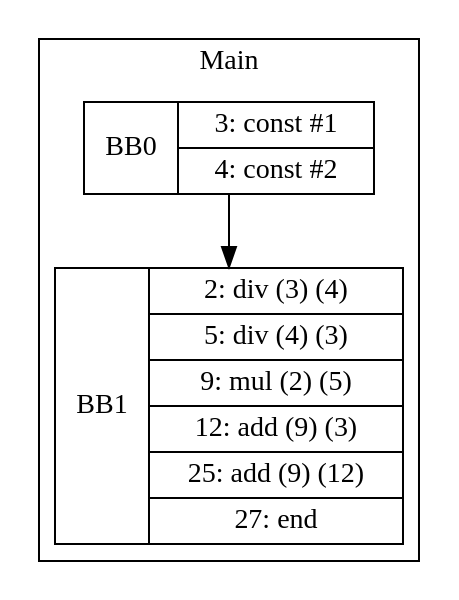
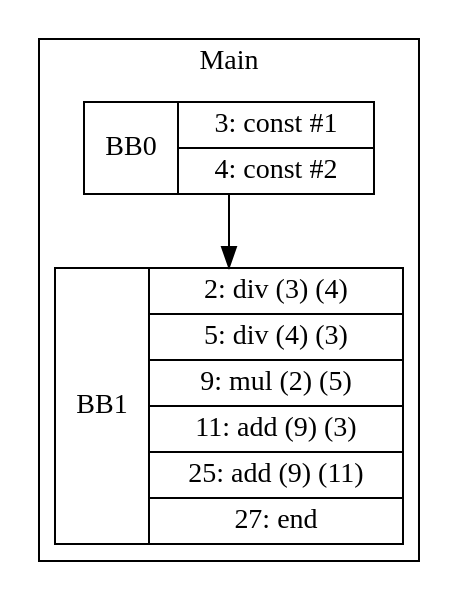
One commit to zjc664656505/UCI-CS241-Advanced-Compiler-main changed the diagram in visualization/cbelem/simple/CSEOperandAgnostic-div.gv. Above: the diagram before and after it, drawn with Graphviz. The commit also changed 55 other files, not shown here.

```diff
--- a/visualization/cbelem/simple/CSEOperandAgnostic-div.gv
+++ b/visualization/cbelem/simple/CSEOperandAgnostic-div.gv
@@ -1,9 +1,9 @@
 digraph G {
 node [shape=record];
 subgraph cluster_main{
 label = "Main";
 BB0 [shape=record, label="<b>BB0|{3: const #1|4: const #2}"];
-BB1 [shape=record, label="<b>BB1|{2: div (3) (4)|5: div (4) (3)|9: mul (2) (5)|12: add (9) (3)|25: add (9) (12)|27: end}"];
+BB1 [shape=record, label="<b>BB1|{2: div (3) (4)|5: div (4) (3)|9: mul (2) (5)|11: add (9) (3)|25: add (9) (11)|27: end}"];
 }
 BB0:s -> BB1:n ;
 }
```
